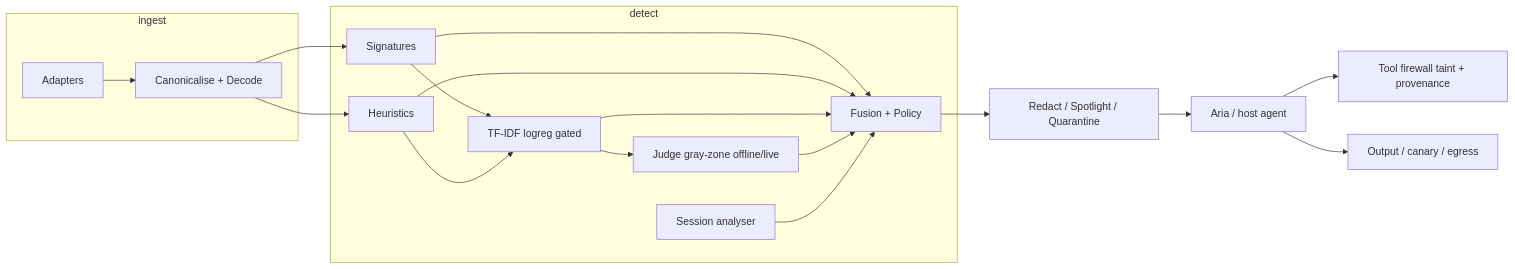
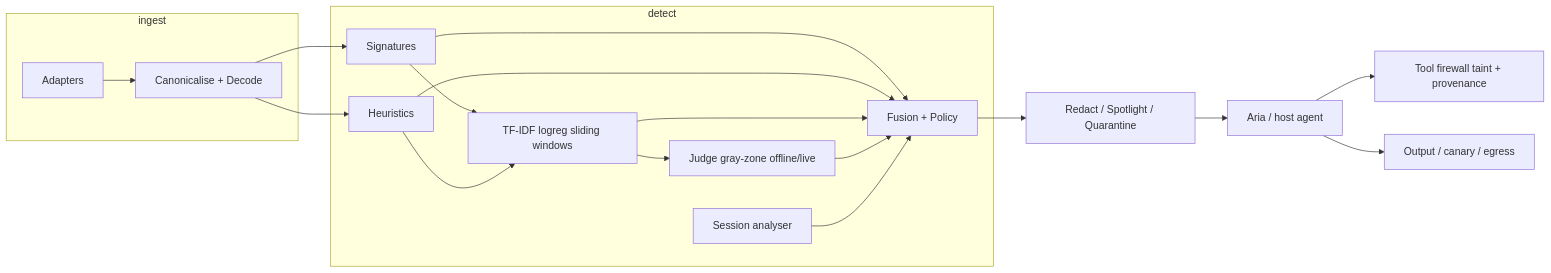
One commit to Sohamsurve/PromptShield changed the diagram in docs/SUBMISSION.md. Above: the diagram before and after it, drawn with Mermaid. The commit also changed other lines of this file and 25 other files, not shown here.

````diff
--- a/docs/SUBMISSION.md
+++ b/docs/SUBMISSION.md
@@ -5,22 +5,22 @@
 ```mermaid
 flowchart LR
   subgraph ingest
     A[Adapters] --> N[Canonicalise + Decode]
   end
   subgraph detect
     N --> S[Signatures]
     N --> H[Heuristics]
-    S --> C[TF-IDF logreg gated]
+    S --> C[TF-IDF logreg sliding windows]
     H --> C
     C --> J[Judge gray-zone offline/live]
     S --> F[Fusion + Policy]
     H --> F
     C --> F
     J --> F
     Sess[Session analyser] --> F
   end
   F --> Neu[Redact / Spotlight / Quarantine]
   Neu --> Agent[Aria / host agent]
   Agent --> TG[Tool firewall taint + provenance]
   Agent --> OG[Output / canary / egress]
 ```
````
